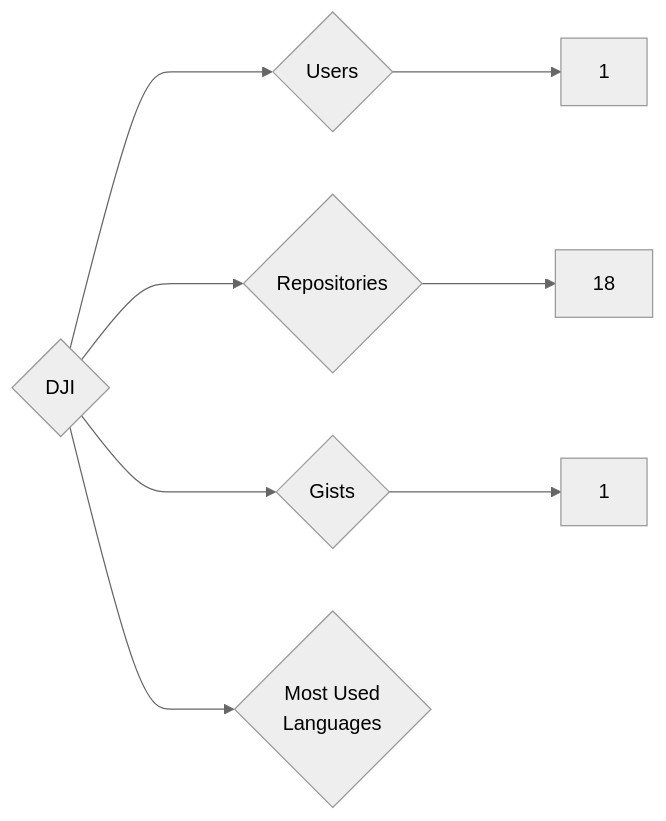
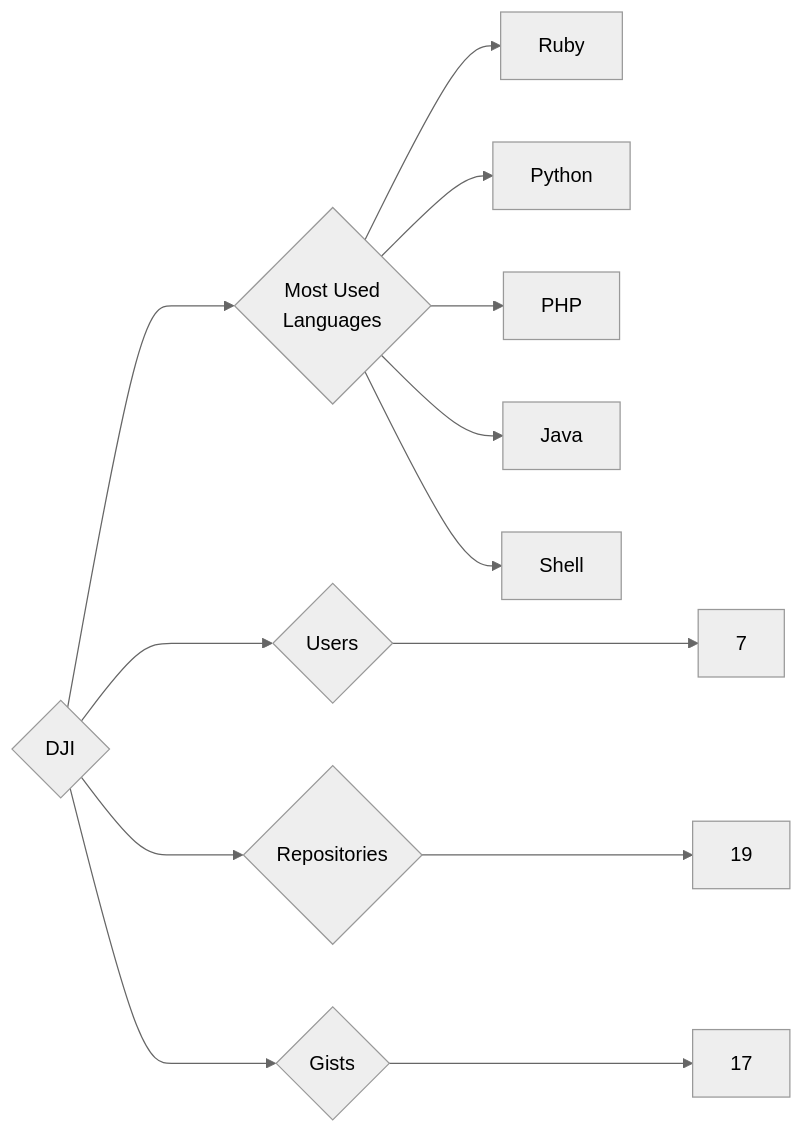
One commit to trickest/insiders changed the diagram in targets/DJI/README.md. Above: the diagram before and after it, drawn with Mermaid (neutral theme). The commit also changed 873 other files, not shown here.

````diff
--- a/targets/DJI/README.md
+++ b/targets/DJI/README.md
@@ -3,8 +3,13 @@
 ```mermaid
 graph LR
 COMPANY_NAME{DJI}
-COMPANY_NAME ---> U{Users} ---> UN[1]
-COMPANY_NAME ---> R{Repositories} ---> RN[18]
-COMPANY_NAME ---> G{Gists} ---> GN[1]
+COMPANY_NAME ---> U{Users} ---> UN[7]
+COMPANY_NAME ---> R{Repositories} ---> RN[19]
+COMPANY_NAME ---> G{Gists} ---> GN[17]
 COMPANY_NAME ---> ML{Most Used<br>Languages}
+ML --> Ruby[Ruby]
+ML --> Python[Python]
+ML --> PHP[PHP]
+ML --> Java[Java]
+ML --> Shell[Shell]
 ```
````
